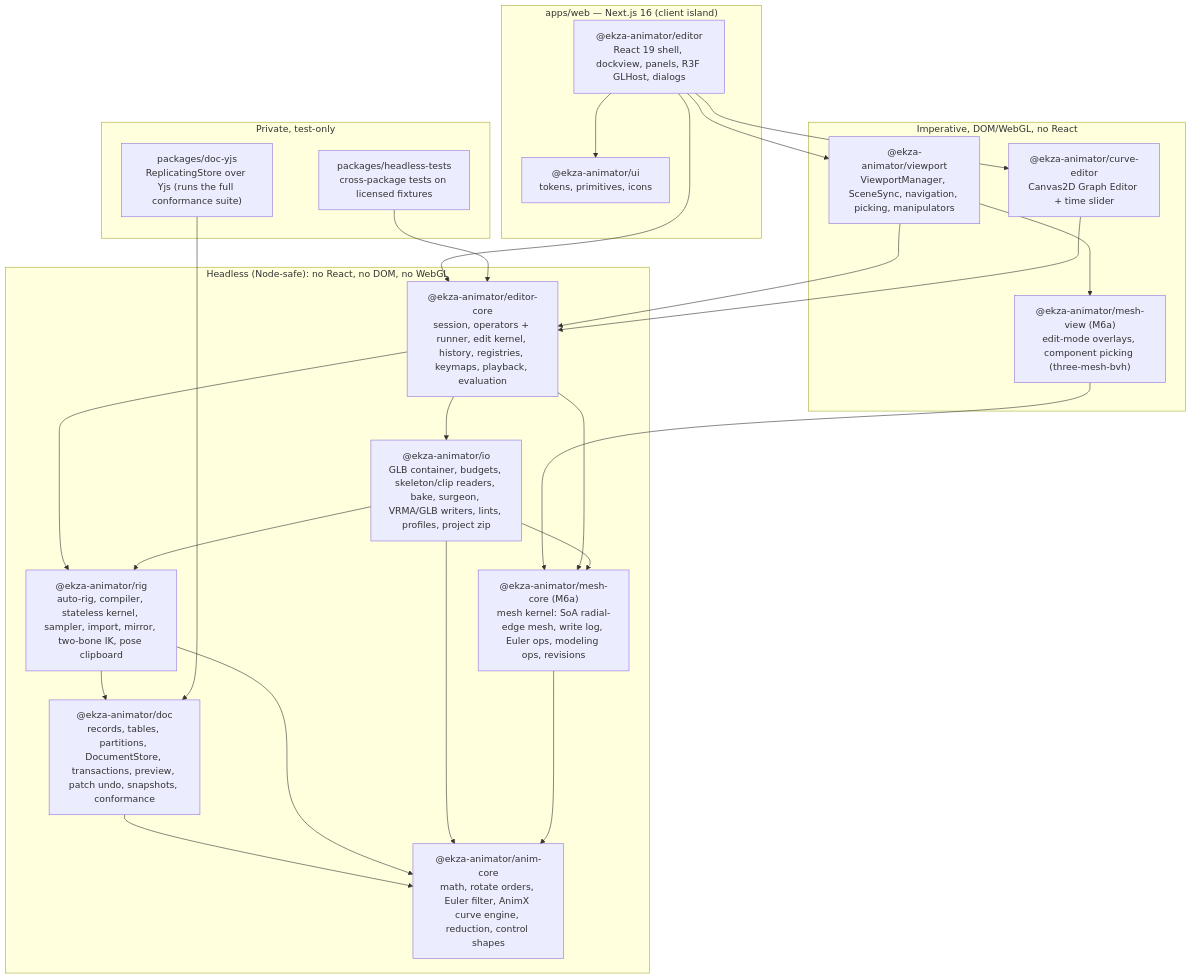
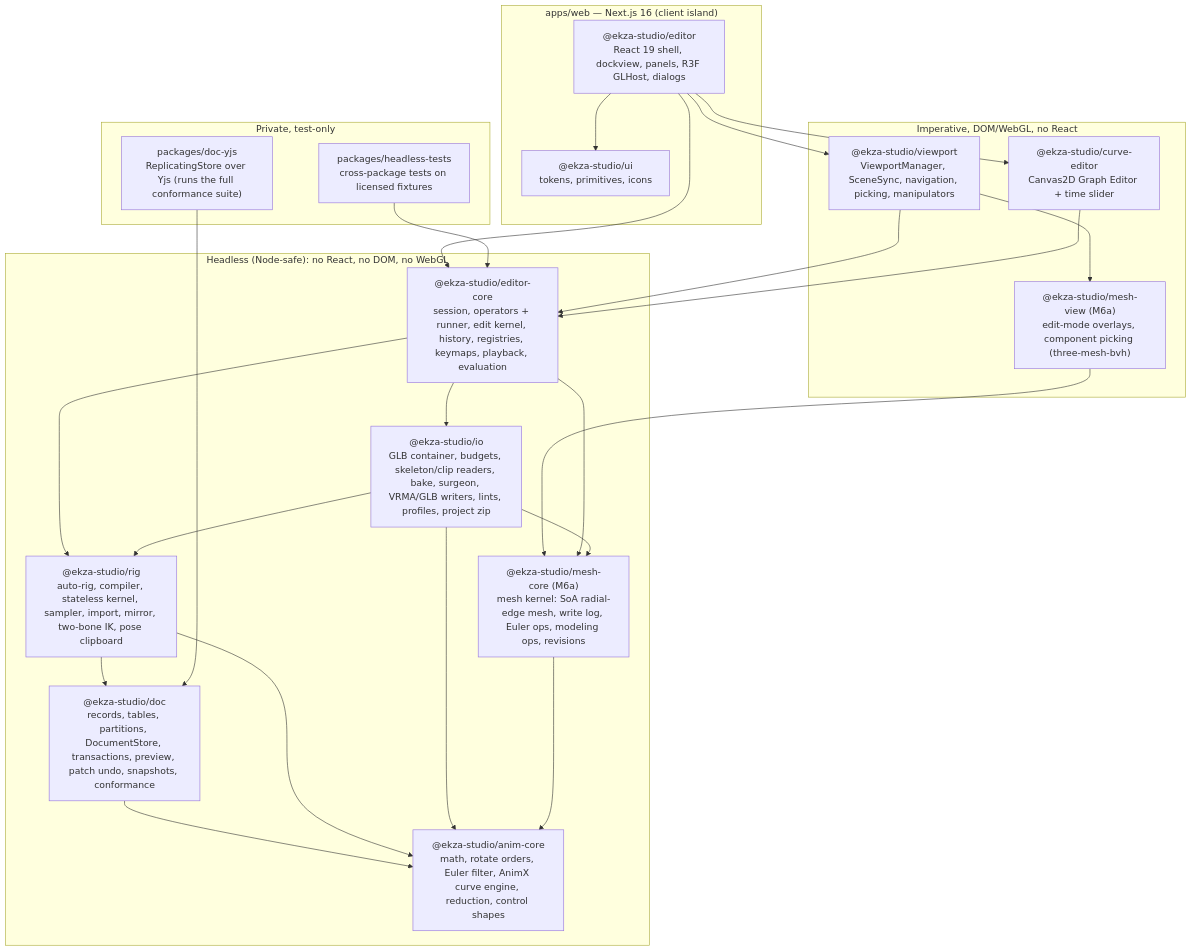
Before and after one commit to ekza-space/ekza-animator: the diagram in ARCHITECTURE.md, drawn with Mermaid. The commit also changed other lines of this file and 993 other files, not shown here.

First line of the commit message:
chore: rename package scope @ekza-animator/* to @ekza-studio/*

````diff
--- a/ARCHITECTURE.md
+++ b/ARCHITECTURE.md
@@ -38,44 +38,44 @@
 ```mermaid
 flowchart TB
   subgraph Shell["apps/web — Next.js 16 (client island)"]
-    EDITOR["@ekza-animator/editor<br/>React 19 shell, dockview, panels, R3F GLHost, dialogs"]
-    UI["@ekza-animator/ui<br/>tokens, primitives, icons"]
+    EDITOR["@ekza-studio/editor<br/>React 19 shell, dockview, panels, R3F GLHost, dialogs"]
+    UI["@ekza-studio/ui<br/>tokens, primitives, icons"]
   end
   subgraph Interactive["Imperative, DOM/WebGL, no React"]
-    VP["@ekza-animator/viewport<br/>ViewportManager, SceneSync, navigation, picking, manipulators"]
-    CE["@ekza-animator/curve-editor<br/>Canvas2D Graph Editor + time slider"]
-    MV["@ekza-animator/mesh-view (M6a)<br/>edit-mode overlays, component picking (three-mesh-bvh)"]
+    VP["@ekza-studio/viewport<br/>ViewportManager, SceneSync, navigation, picking, manipulators"]
+    CE["@ekza-studio/curve-editor<br/>Canvas2D Graph Editor + time slider"]
+    MV["@ekza-studio/mesh-view (M6a)<br/>edit-mode overlays, component picking (three-mesh-bvh)"]
   end
   subgraph Headless["Headless (Node-safe): no React, no DOM, no WebGL"]
-    EC["@ekza-animator/editor-core<br/>session, operators + runner, edit kernel, history, registries, keymaps, playback, evaluation"]
-    IO["@ekza-animator/io<br/>GLB container, budgets, skeleton/clip readers, bake, surgeon, VRMA/GLB writers, lints, profiles, project zip"]
-    RIG["@ekza-animator/rig<br/>auto-rig, compiler, stateless kernel, sampler, import, mirror, two-bone IK, pose clipboard"]
-    DOC["@ekza-animator/doc<br/>records, tables, partitions, DocumentStore, transactions, preview, patch undo, snapshots, conformance"]
-    MC["@ekza-animator/mesh-core (M6a)<br/>mesh kernel: SoA radial-edge mesh, write log, Euler ops, modeling ops, revisions"]
-    AC["@ekza-animator/anim-core<br/>math, rotate orders, Euler filter, AnimX curve engine, reduction, control shapes"]
+    EC["@ekza-studio/editor-core<br/>session, operators + runner, edit kernel, history, registries, keymaps, playback, evaluation"]
+    IO["@ekza-studio/io<br/>GLB container, budgets, skeleton/clip readers, bake, surgeon, VRMA/GLB writers, lints, profiles, project zip"]
+    RIG["@ekza-studio/rig<br/>auto-rig, compiler, stateless kernel, sampler, import, mirror, two-bone IK, pose clipboard"]
+    DOC["@ekza-studio/doc<br/>records, tables, partitions, DocumentStore, transactions, preview, patch undo, snapshots, conformance"]
+    MC["@ekza-studio/mesh-core (M6a)<br/>mesh kernel: SoA radial-edge mesh, write log, Euler ops, modeling ops, revisions"]
+    AC["@ekza-studio/anim-core<br/>math, rotate orders, Euler filter, AnimX curve engine, reduction, control shapes"]
   end
   subgraph TestOnly["Private, test-only"]
     YJS["packages/doc-yjs<br/>ReplicatingStore over Yjs (runs the full conformance suite)"]
     HT["packages/headless-tests<br/>cross-package tests on licensed fixtures"]
   end
   EDITOR --> UI
   EDITOR --> VP
   EDITOR --> CE
   EDITOR --> EC
   VP --> EC
   CE --> EC
   EC --> IO
   EC --> RIG
   IO --> RIG
   RIG --> DOC
   DOC --> AC
   RIG --> AC
   IO --> AC
   YJS --> DOC
   HT --> EC
   VP --> MV
   MV --> MC
   EC --> MC
   IO --> MC
   MC --> AC
 ```
````
